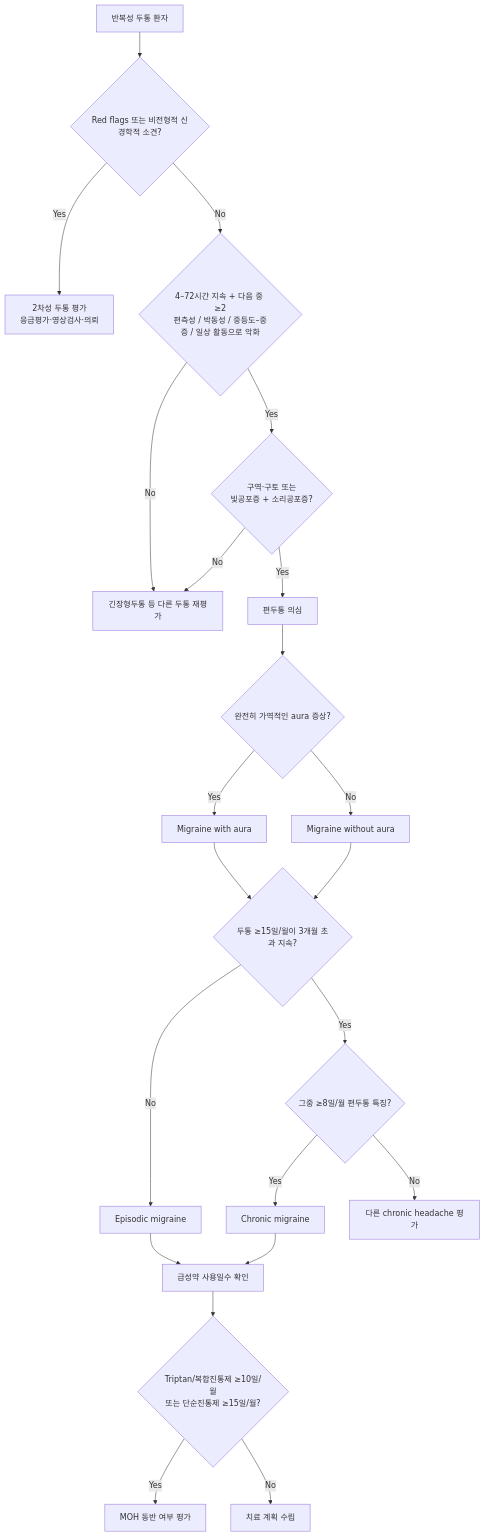
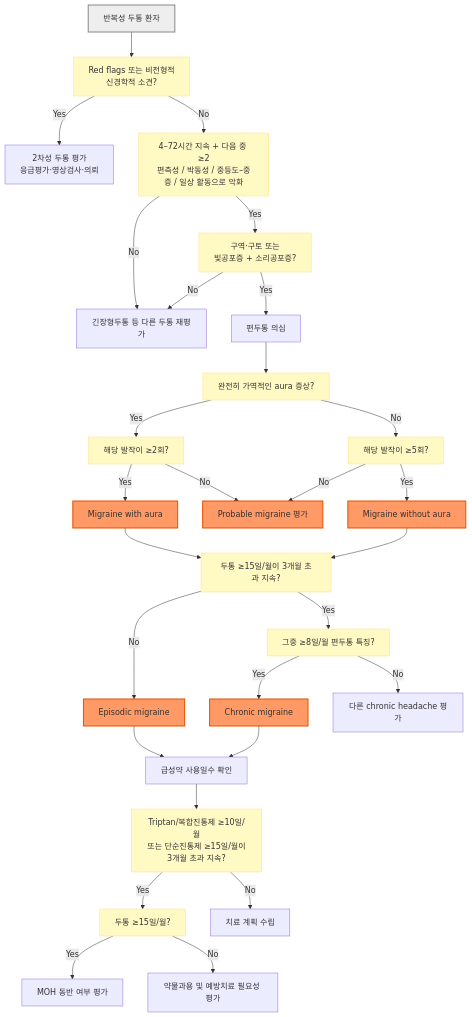
The first of 2 diagrams in 221_/016_-migraine.md (familyoh77/familyoh77), drawn with Mermaid before and after one commit. The commit also changed other lines of this file, not shown here.

````diff
--- a/221_/016_-migraine.md
+++ b/221_/016_-migraine.md
@@ -198,24 +183,38 @@
 ```mermaid
 flowchart TD
-    A["반복성 두통 환자"] --> B{"Red flags 또는 비전형적 신경학적 소견?"}
+    A["반복성 두통 환자"] --> B["Red flags 또는 비전형적<br/>신경학적 소견?"]
     B -- "Yes" --> C["2차성 두통 평가<br/>응급평가·영상검사·의뢰"]
-    B -- "No" --> D{"4–72시간 지속 + 다음 중 ≥2<br/>편측성 / 박동성 / 중등도–중증 / 일상 활동으로 악화"}
+    B -- "No" --> D["4–72시간 지속 + 다음 중 ≥2<br/>편측성 / 박동성 / 중등도–중증 / 일상 활동으로 악화"]
     D -- "No" --> E["긴장형두통 등 다른 두통 재평가"]
-    D -- "Yes" --> F{"구역·구토 또는<br/>빛공포증 + 소리공포증?"}
+    D -- "Yes" --> F["구역·구토 또는<br/>빛공포증 + 소리공포증?"]
     F -- "No" --> E
     F -- "Yes" --> G["편두통 의심"]
-    G --> H{"완전히 가역적인 aura 증상?"}
-    H -- "Yes" --> I["Migraine with aura"]
-    H -- "No" --> J["Migraine without aura"]
-    I --> K{"두통 ≥15일/월이 3개월 초과 지속?"}
+    G --> H["완전히 가역적인 aura 증상?"]
+    H -- "Yes" --> I0["해당 발작이 ≥2회?"]
+    I0 -- "Yes" --> I["Migraine with aura"]
+    I0 -- "No" --> T["Probable migraine 평가"]
+    H -- "No" --> J0["해당 발작이 ≥5회?"]
+    J0 -- "Yes" --> J["Migraine without aura"]
+    J0 -- "No" --> T
+    I --> K["두통 ≥15일/월이 3개월 초과 지속?"]
     J --> K
     K -- "No" --> L["Episodic migraine"]
-    K -- "Yes" --> M{"그중 ≥8일/월 편두통 특징?"}
+    K -- "Yes" --> M["그중 ≥8일/월 편두통 특징?"]
     M -- "Yes" --> N["Chronic migraine"]
     M -- "No" --> O["다른 chronic headache 평가"]
     L --> P["급성약 사용일수 확인"]
     N --> P
-    P --> Q{"Triptan/복합진통제 ≥10일/월<br/>또는 단순진통제 ≥15일/월?"}
-    Q -- "Yes" --> R["MOH 동반 여부 평가"]
+    P --> Q["Triptan/복합진통제 ≥10일/월<br/>또는 단순진통제 ≥15일/월이<br/>3개월 초과 지속?"]
+    Q -- "Yes" --> R0["두통 ≥15일/월?"]
+    R0 -- "Yes" --> R["MOH 동반 여부 평가"]
+    R0 -- "No" --> U["약물과용 및 예방치료 필요성 평가"]
     Q -- "No" --> S["치료 계획 수립"]
+
+    classDef question fill:#fff9c4,stroke:#ffe082
+    classDef diagnosis fill:#f96,stroke:#e65100,stroke-width:2px
+    classDef startNode fill:#eeeeee,stroke:#888888,stroke-width:2px
+
+    class A startNode
+    class B,D,F,H,I0,J0,K,M,Q,R0 question
+    class I,J,L,N,T diagnosis
 ```
````
